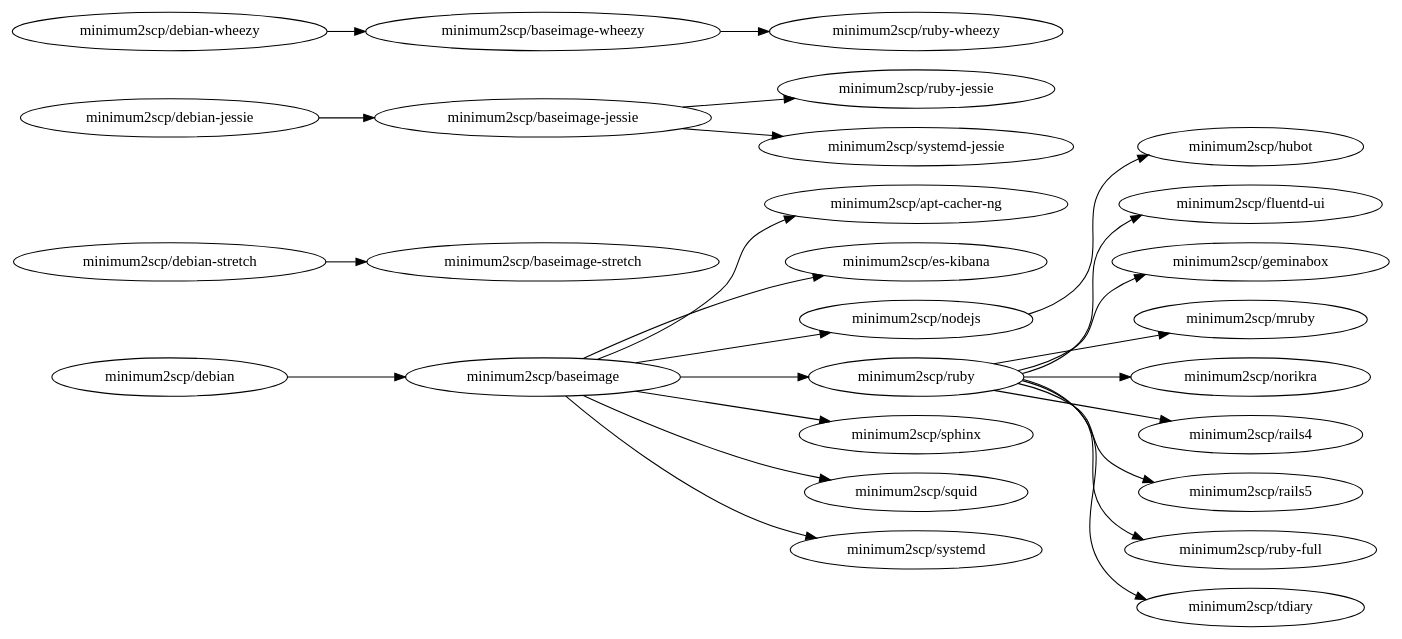
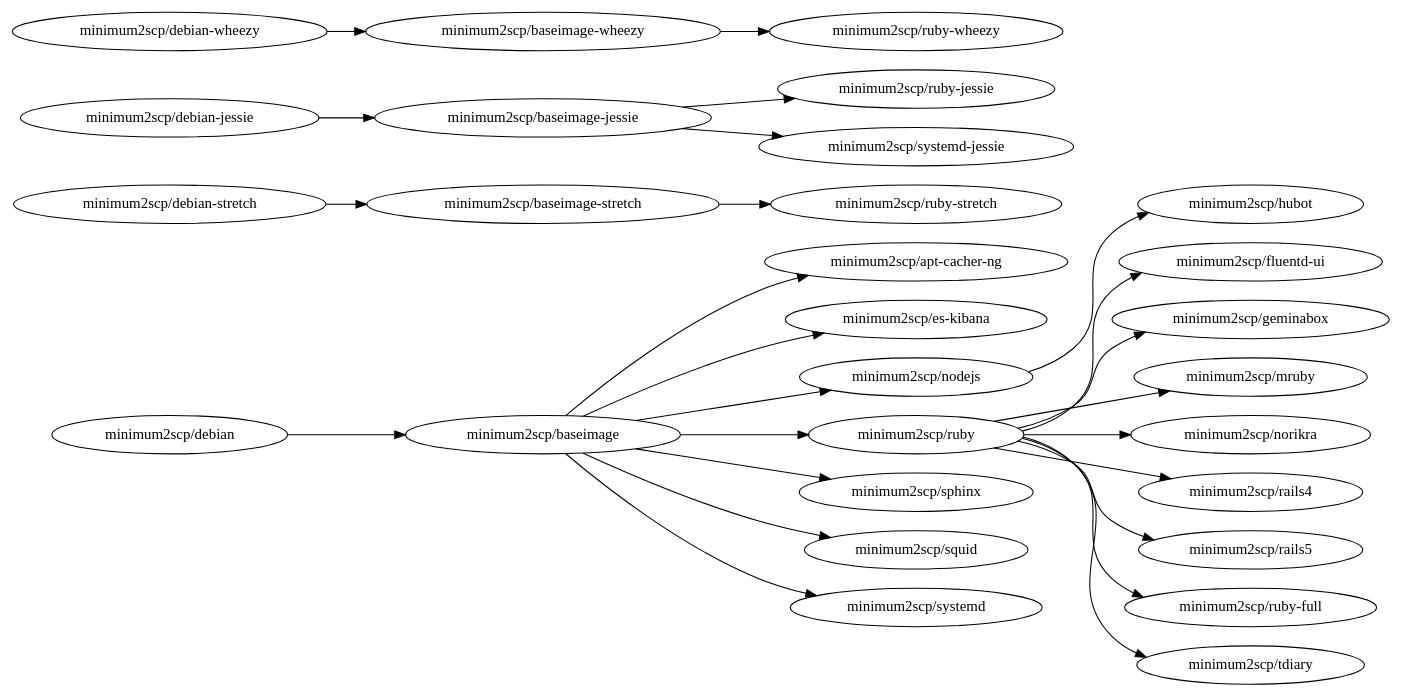
The diagram in deps.dot (minimum2scp/dockerfiles), drawn with Graphviz before and after one commit. The commit also changed 7 other files, not shown here.

Commit message:
Added ruby-stretch image

```diff
--- a/deps.dot
+++ b/deps.dot
@@ -1,46 +1,48 @@
 digraph deps {
   graph        [rankdir = "LR"];
   ratio = auto;
 
 
   acng              [label = "minimum2scp/apt-cacher-ng"];
   baseimage         [label = "minimum2scp/baseimage"];
   baseimage_stretch [label = "minimum2scp/baseimage-stretch"];
   baseimage_jessie  [label = "minimum2scp/baseimage-jessie"];
   baseimage_wheezy  [label = "minimum2scp/baseimage-wheezy"];
   debian            [label = "minimum2scp/debian"];
   debian_stretch    [label = "minimum2scp/debian-stretch"];
   debian_jessie     [label = "minimum2scp/debian-jessie"];
   debian_wheezy     [label = "minimum2scp/debian-wheezy"];
   es_kibana         [label = "minimum2scp/es-kibana"];
   fluentd_ui        [label = "minimum2scp/fluentd-ui"];
   geminabox         [label = "minimum2scp/geminabox"];
   hubot             [label = "minimum2scp/hubot"];
   mruby             [label = "minimum2scp/mruby"];
   nodejs            [label = "minimum2scp/nodejs"];
   norikra           [label = "minimum2scp/norikra"];
   rails4            [label = "minimum2scp/rails4"];
   rails5            [label = "minimum2scp/rails5"];
   ruby              [label = "minimum2scp/ruby"];
   ruby_full         [label = "minimum2scp/ruby-full"];
+  ruby_stretch      [label = "minimum2scp/ruby-stretch"];
   ruby_jessie       [label = "minimum2scp/ruby-jessie"];
   ruby_wheezy       [label = "minimum2scp/ruby-wheezy"];
   sphinx            [label = "minimum2scp/sphinx"];
   squid             [label = "minimum2scp/squid"];
   systemd           [label = "minimum2scp/systemd"];
   systemd_jessie    [label = "minimum2scp/systemd-jessie"];
   tdiary            [label = "minimum2scp/tdiary"];
 
   debian    -> baseimage;
   baseimage -> {acng, es_kibana, nodejs, ruby, sphinx, squid, systemd};
   ruby      -> {fluentd_ui, geminabox, mruby, norikra, rails4, rails5, ruby_full, tdiary};
   nodejs    -> {hubot};
 
   debian_stretch   -> baseimage_stretch;
+  baseimage_stretch -> ruby_stretch;
 
   debian_jessie    -> baseimage_jessie;
   baseimage_jessie -> {systemd_jessie, ruby_jessie};
 
   debian_wheezy    -> baseimage_wheezy;
   baseimage_wheezy -> ruby_wheezy;
 }
```
